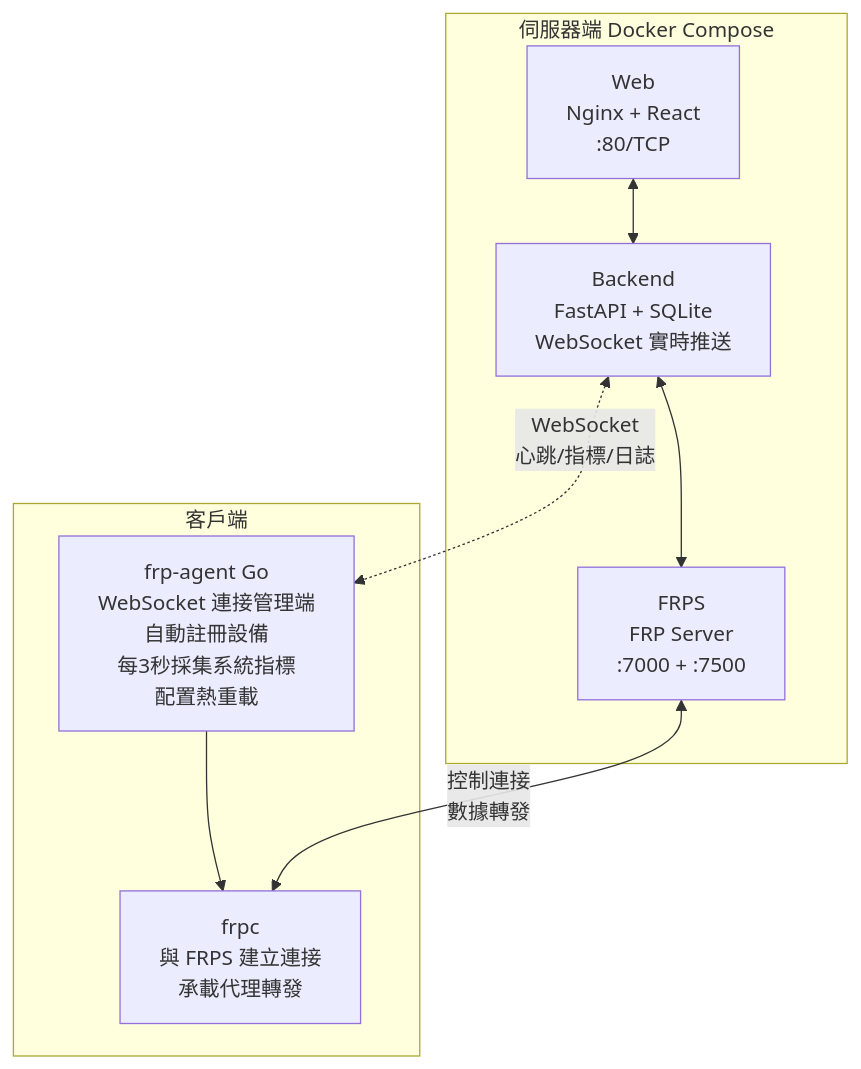
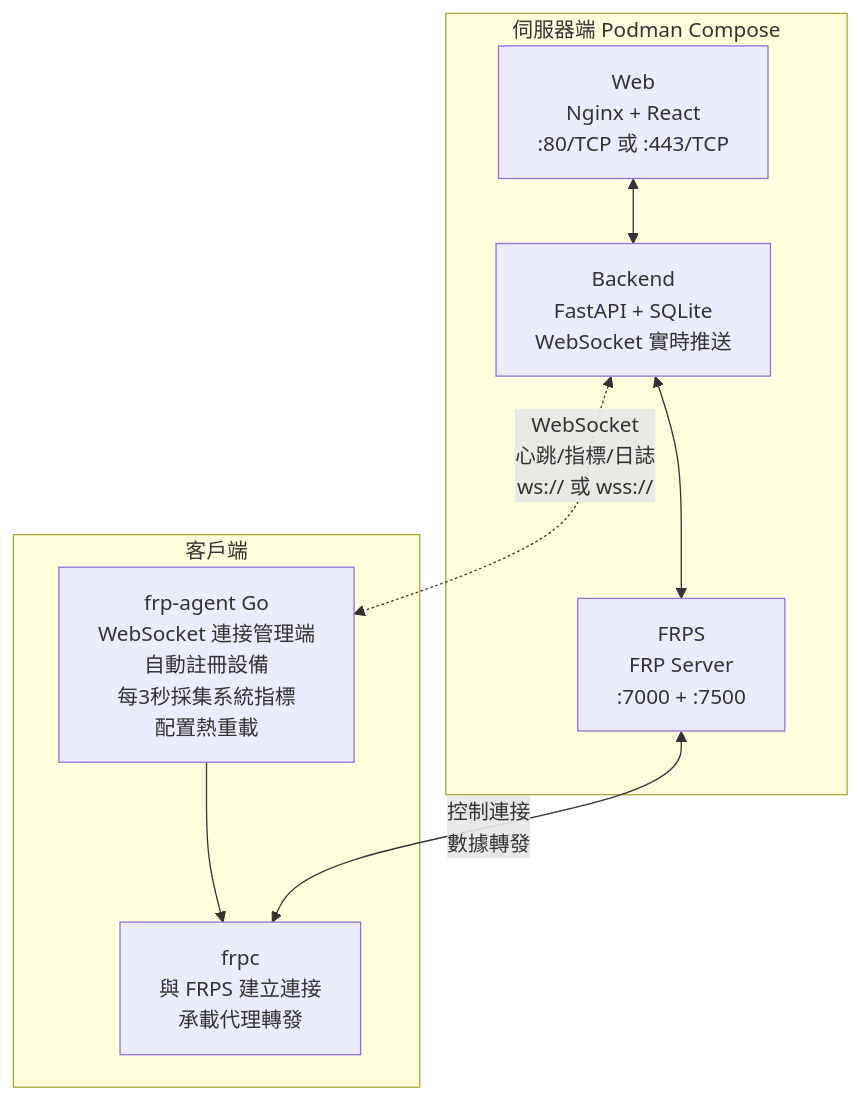
Before and after one commit to GreenhandTan/FRP-ALL-IN-ONE: the diagram in README.zh-TW.md, drawn with Mermaid. The commit also changed other lines of this file and 27 other files, not shown here.

````diff
--- a/README.zh-TW.md
+++ b/README.zh-TW.md
@@ -101,19 +111,19 @@
 ```mermaid
 flowchart TB
-    subgraph Server["伺服器端 Docker Compose"]
-        Web["Web<br/>Nginx + React<br/>:80/TCP"]
+    subgraph Server["伺服器端 Podman Compose"]
+        Web["Web<br/>Nginx + React<br/>:80/TCP 或 :443/TCP"]
         Backend["Backend<br/>FastAPI + SQLite<br/>WebSocket 實時推送"]
         FRPS["FRPS<br/>FRP Server<br/>:7000 + :7500"]
         Web <--> Backend
         Backend <--> FRPS
     end
 
     subgraph Client["客戶端"]
         Agent["frp-agent Go<br/>WebSocket 連接管理端<br/>自動註冊設備<br/>每3秒採集系統指標<br/>配置熱重載"]
         FRPC["frpc<br/>與 FRPS 建立連接<br/>承載代理轉發"]
         Agent --> FRPC
     end
 
-    Backend <-.->|"WebSocket<br/>心跳/指標/日誌"| Agent
+    Backend <-.->|"WebSocket<br/>心跳/指標/日誌<br/>ws:// 或 wss://"| Agent
     FRPS <-->|"控制連接<br/>數據轉發"| FRPC
 ```
````
